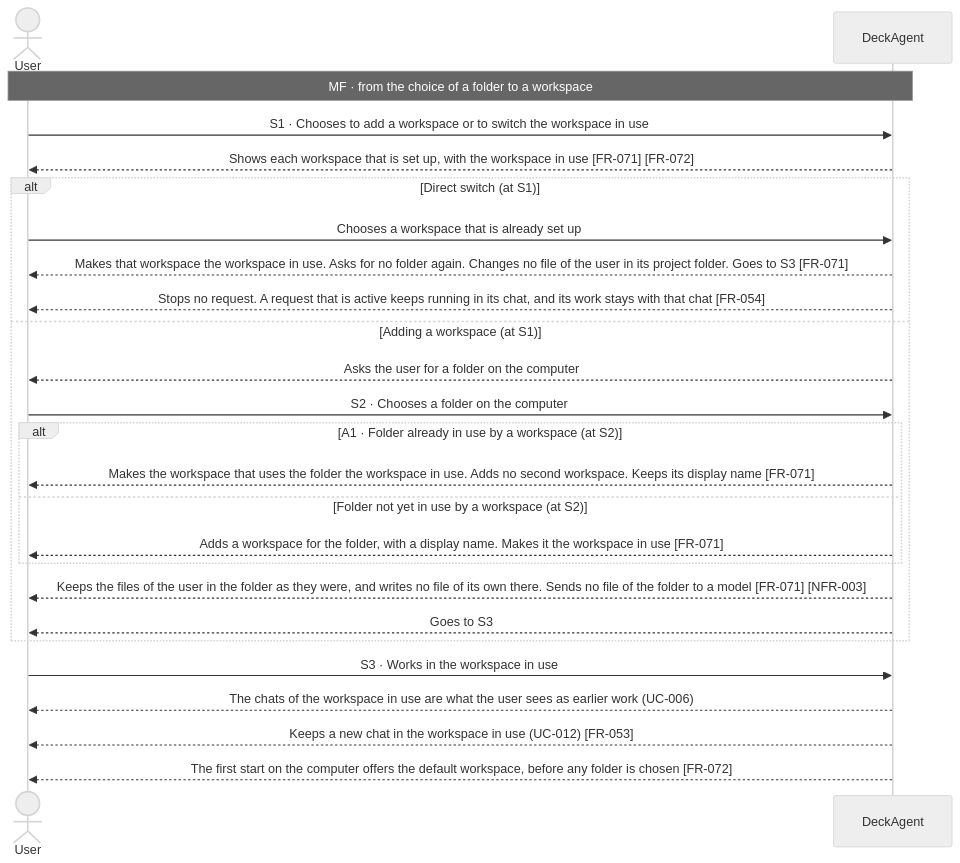
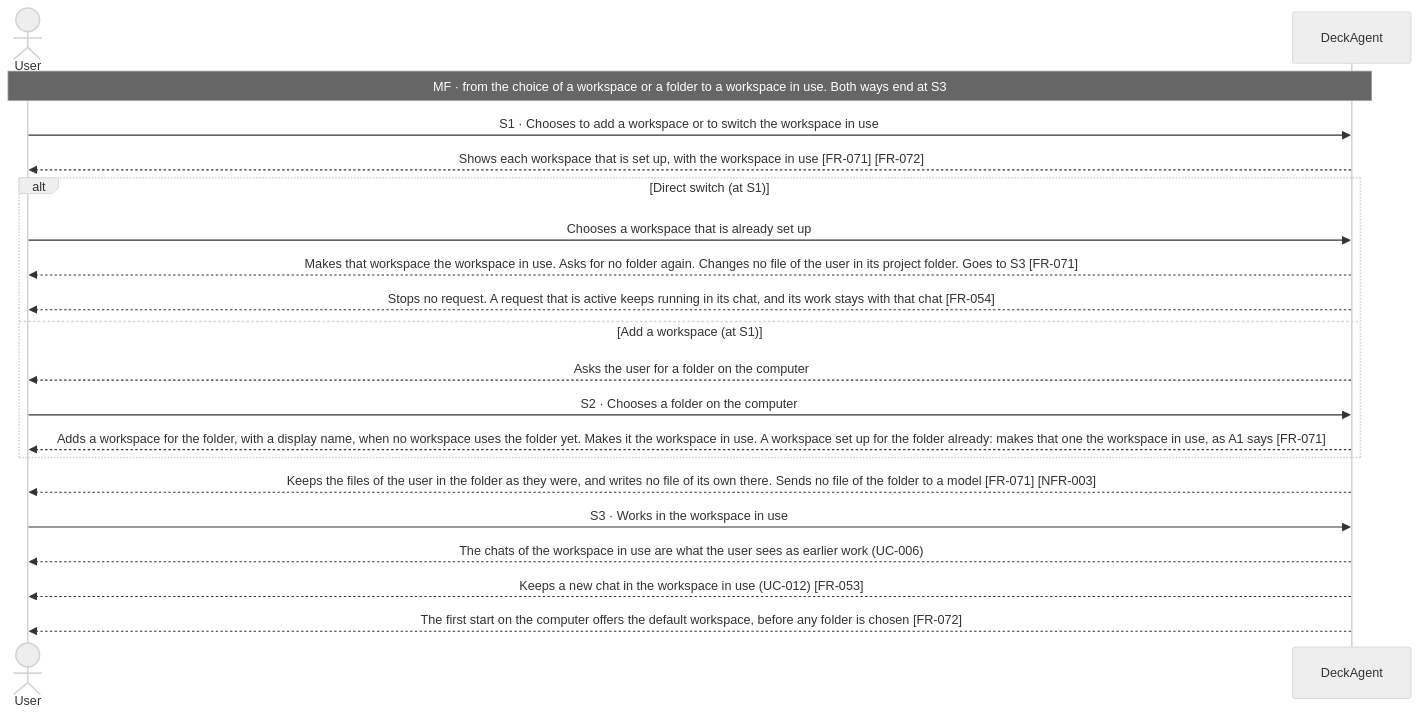
One commit to Luke23127006/DeckAgent changed the first of 7 diagrams in docs/spec/03-use-cases/UC-013.md. Above: the diagram before and after it, drawn with Mermaid (neutral theme). The commit also changed other lines of this file and 25 other files, not shown here.

Commit message:
docs(spec): restructure use cases with main flow first

````diff
--- a/docs/spec/03-use-cases/UC-013.md
+++ b/docs/spec/03-use-cases/UC-013.md
@@ -42,27 +42,22 @@
 ```mermaid
 sequenceDiagram
     actor User
     participant DeckAgent
-    Note over User,DeckAgent: MF · from the choice of a folder to a workspace
+    Note over User,DeckAgent: MF · from the choice of a workspace or a folder to a workspace in use. Both ways end at S3
     User->>DeckAgent: S1 · Chooses to add a workspace or to switch the workspace in use
     DeckAgent-->>User: Shows each workspace that is set up, with the workspace in use [FR-071] [FR-072]
     alt Direct switch (at S1)
         User->>DeckAgent: Chooses a workspace that is already set up
         DeckAgent-->>User: Makes that workspace the workspace in use. Asks for no folder again. Changes no file of the user in its project folder. Goes to S3 [FR-071]
         DeckAgent-->>User: Stops no request. A request that is active keeps running in its chat, and its work stays with that chat [FR-054]
-    else Adding a workspace (at S1)
+    else Add a workspace (at S1)
         DeckAgent-->>User: Asks the user for a folder on the computer
         User->>DeckAgent: S2 · Chooses a folder on the computer
-        alt A1 · Folder already in use by a workspace (at S2)
-            DeckAgent-->>User: Makes the workspace that uses the folder the workspace in use. Adds no second workspace. Keeps its display name [FR-071]
-        else Folder not yet in use by a workspace (at S2)
-            DeckAgent-->>User: Adds a workspace for the folder, with a display name. Makes it the workspace in use [FR-071]
-        end
-        DeckAgent-->>User: Keeps the files of the user in the folder as they were, and writes no file of its own there. Sends no file of the folder to a model [FR-071] [NFR-003]
-        DeckAgent-->>User: Goes to S3
+        DeckAgent-->>User: Adds a workspace for the folder, with a display name, when no workspace uses the folder yet. Makes it the workspace in use. A workspace set up for the folder already: makes that one the workspace in use, as A1 says [FR-071]
     end
+    DeckAgent-->>User: Keeps the files of the user in the folder as they were, and writes no file of its own there. Sends no file of the folder to a model [FR-071] [NFR-003]
     User->>DeckAgent: S3 · Works in the workspace in use
     DeckAgent-->>User: The chats of the workspace in use are what the user sees as earlier work (UC-006)
     DeckAgent-->>User: Keeps a new chat in the workspace in use (UC-012) [FR-053]
     DeckAgent-->>User: The first start on the computer offers the default workspace, before any folder is chosen [FR-072]
 ```
````
